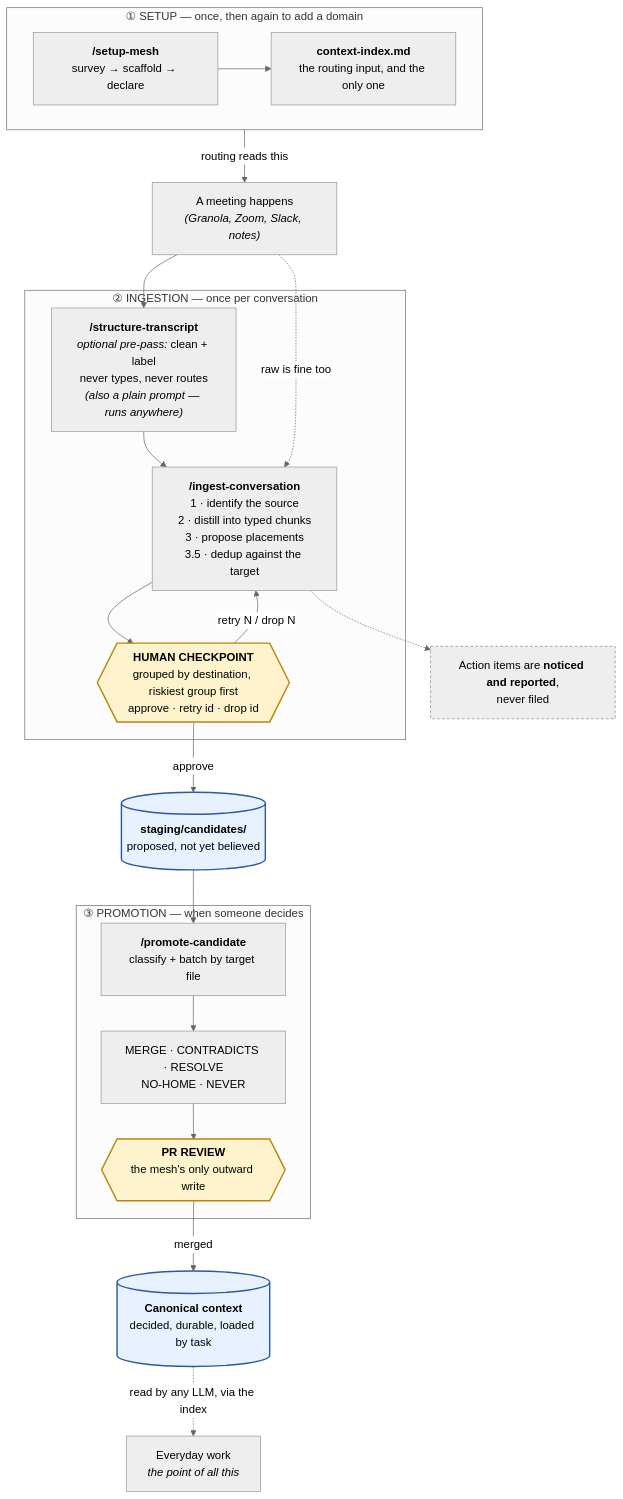
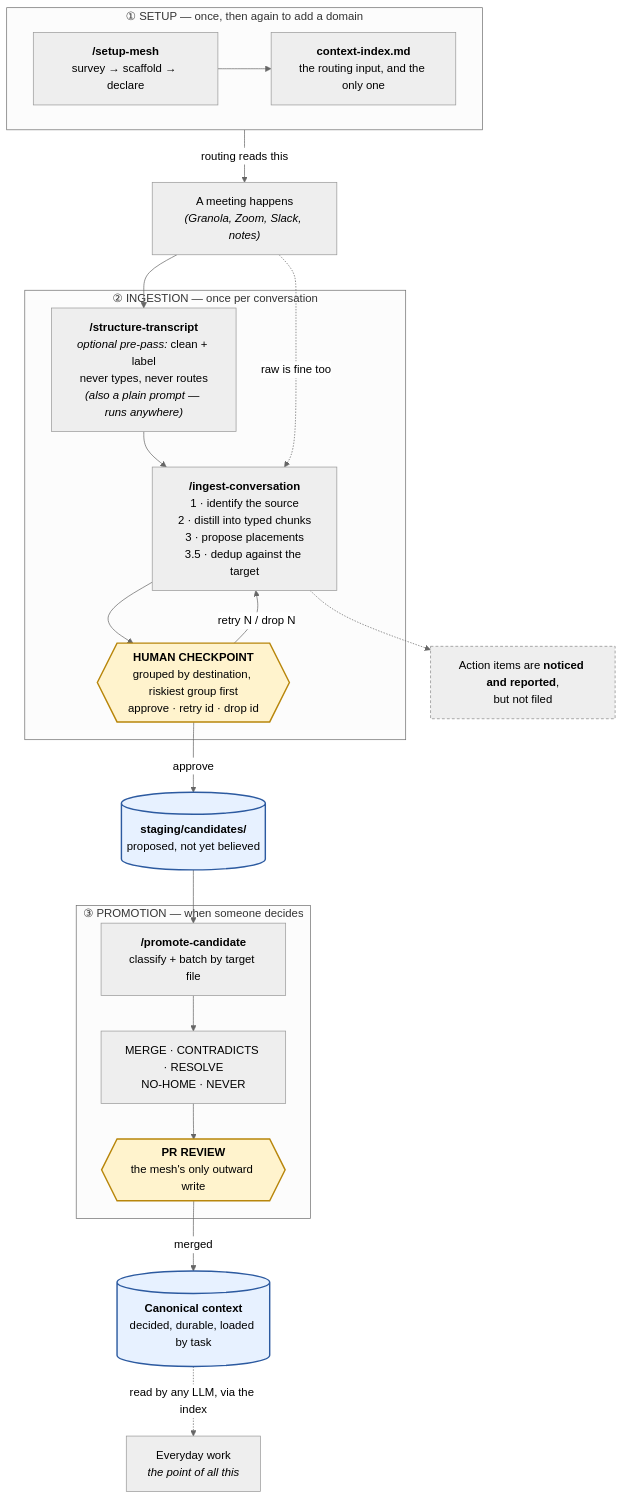
One commit to mitchell-ee/context-mesh-claude changed the first of 2 diagrams in docs/how-it-works.md. Above: the diagram before and after it, drawn with Mermaid (neutral theme).

Commit message:
Update how-it-works.md - mermaid diagram

````diff
--- a/docs/how-it-works.md
+++ b/docs/how-it-works.md
@@ -22,47 +22,47 @@
 ```mermaid
 flowchart TD
     subgraph SETUP["① SETUP — once, then again to add a domain"]
         direction LR
         S1["<b>/setup-mesh</b><br/>survey → scaffold → declare"] --> S2["<b>context-index.md</b><br/>the routing input, and the only one"]
     end
 
     M["A meeting happens<br/><i>(Granola, Zoom, Slack, notes)</i>"]
 
     subgraph INGEST["② INGESTION — once per conversation"]
         P["<b>/structure-transcript</b><br/><i>optional pre-pass:</i> clean + label<br/>never types, never routes<br/><i>(also a plain prompt — runs anywhere)</i>"]
         I1["<b>/ingest-conversation</b><br/>1 · identify the source<br/>2 · distill into typed chunks<br/>3 · propose placements<br/>3.5 · dedup against the target"]
         GATE1{{"<b>HUMAN CHECKPOINT</b><br/>grouped by destination, riskiest group first<br/>approve · retry id · drop id"}}
         P --> I1
         I1 --> GATE1
         GATE1 -->|"retry N / drop N"| I1
     end
 
     ST[("<b>staging/candidates/</b><br/>proposed, not yet believed")]
 
     subgraph PROMOTE["③ PROMOTION — when someone decides"]
         C["<b>/promote-candidate</b><br/>classify + batch by target file"]
         V["MERGE · CONTRADICTS · RESOLVE<br/>NO-HOME · NEVER"]
         GATE2{{"<b>PR REVIEW</b><br/>the mesh's only outward write"}}
         C --> V --> GATE2
     end
 
     CANON[("<b>Canonical context</b><br/>decided, durable, loaded by task")]
     USE["Everyday work<br/><i>the point of all this</i>"]
-    TODO["Action items are <b>noticed and reported</b>,<br/>never filed"]
+    TODO["Action items are <b>noticed and reported</b>,<br/>but not filed"]
 
     S2 -->|"routing reads this"| M
     M --> P
     M -.->|"raw is fine too"| I1
     GATE1 -->|approve| ST
     ST --> C
     GATE2 -->|merged| CANON
     CANON -.->|"read by any LLM, via the index"| USE
     I1 -.-> TODO
 
     classDef gate fill:#fff3cd,stroke:#b8860b,stroke-width:2px,color:#000
     classDef store fill:#e7f1ff,stroke:#2c5aa0,stroke-width:2px,color:#000
     classDef out fill:#eee,stroke:#888,stroke-dasharray:4 3,color:#000
     class GATE1,GATE2 gate
     class ST,CANON store
     class TODO out
 ```
````
